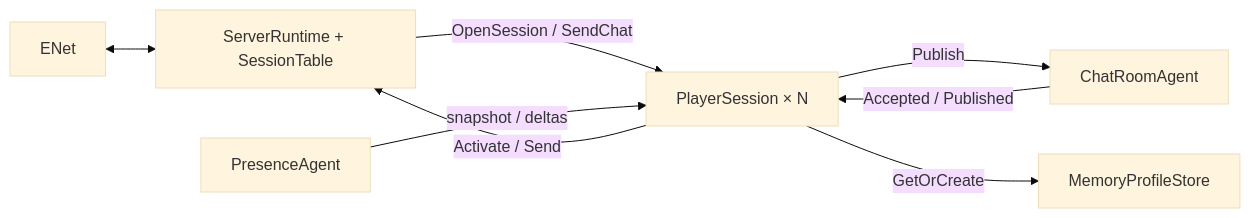
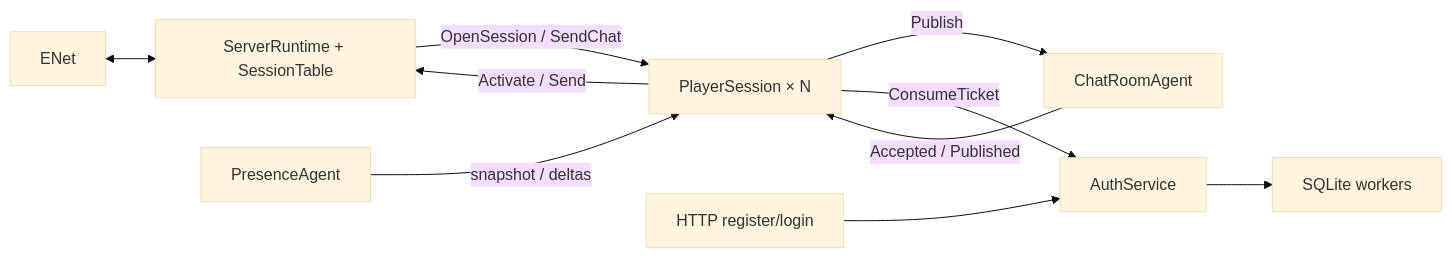
One commit to Newrite/Dreamsleeve changed the diagram in src/Dreamsleeve.Server.Core/README.ru.md. Above: the diagram before and after it, drawn with Mermaid (base theme). The commit also changed other lines of this file and 67 other files, not shown here.

````diff
--- a/src/Dreamsleeve.Server.Core/README.ru.md
+++ b/src/Dreamsleeve.Server.Core/README.ru.md
@@ -19,10 +19,12 @@
 ```mermaid
 flowchart LR
     ENet <--> Runtime[ServerRuntime + SessionTable]
     Runtime -->|OpenSession / SendChat| Player[PlayerSession × N]
     Player -->|Publish| Chat[ChatRoomAgent]
     Chat -->|Accepted / Published| Player
     Presence[PresenceAgent] -->|snapshot / deltas| Player
-    Player -->|GetOrCreate| Profiles[MemoryProfileStore]
+    HTTP[HTTP register/login] --> Auth[AuthService]
+    Auth --> DB[SQLite workers]
+    Player -->|ConsumeTicket| Auth
     Player -->|Activate / Send| Runtime
 ```
````
